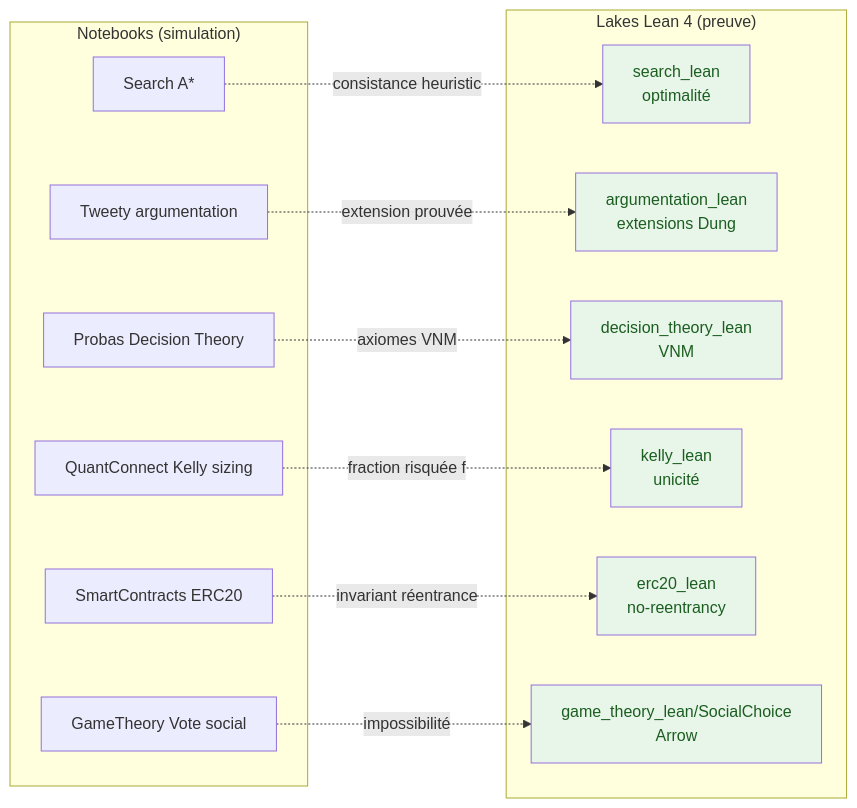
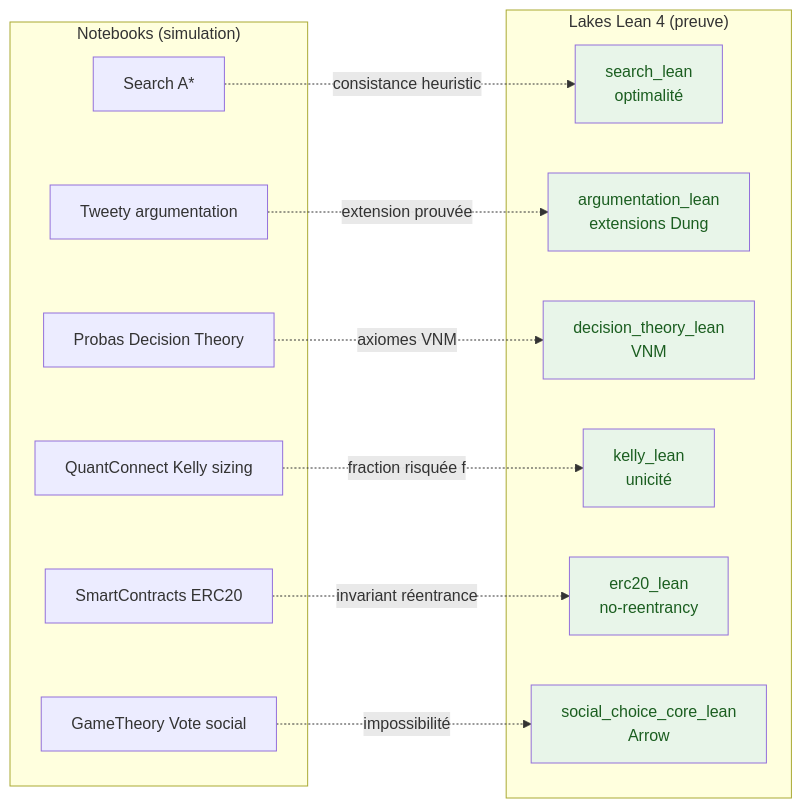
The second of 2 diagrams in MyIA.AI.Notebooks/README.md (jsboige/CoursIA), drawn with Mermaid before and after one commit. The commit also changed other lines of this file and 18 other files, not shown here.

First line of the commit message:
Feat(gametheory,#24183): T3 descente SocialChoice -- lake autonome sous les carnets SC (2/2)

````diff
--- a/MyIA.AI.Notebooks/README.md
+++ b/MyIA.AI.Notebooks/README.md
@@ -307,32 +307,32 @@
 ```mermaid
 flowchart LR
     subgraph SIM["Notebooks (simulation)"]
         N1[Search A*]
         N2[Tweety argumentation]
         N3[Probas Decision Theory]
         N4[QuantConnect Kelly sizing]
         N5[SmartContracts ERC20]
         N6[GameTheory Vote social]
     end
     subgraph LEAN["Lakes Lean 4 (preuve)"]
         L1["search_lean<br/>optimalité"]
         L2["argumentation_lean<br/>extensions Dung"]
         L3["decision_theory_lean<br/>VNM"]
         L4["kelly_lean<br/>unicité"]
         L5["erc20_lean<br/>no-reentrancy"]
-        L6["game_theory_lean/SocialChoice<br/>Arrow"]
+        L6["social_choice_core_lean<br/>Arrow"]
     end
     N1 -. "consistance heuristic" .-> L1
     N2 -. "extension prouvée" .-> L2
     N3 -. "axiomes VNM" .-> L3
     N4 -. "fraction risquée f" .-> L4
     N5 -. "invariant réentrance" .-> L5
     N6 -. "impossibilité" .-> L6
     %% color: explicite -- sans lui, libelle clair sur fond clair en mode sombre GitHub (#15022) ; ton parfois plus fonce que le stroke (le stroke en couleur de texte rendrait infer illisible) : ne pas harmoniser
     style L1 fill:#e8f5e9,color:#1b5e20
     style L2 fill:#e8f5e9,color:#1b5e20
     style L3 fill:#e8f5e9,color:#1b5e20
     style L4 fill:#e8f5e9,color:#1b5e20
     style L5 fill:#e8f5e9,color:#1b5e20
     style L6 fill:#e8f5e9,color:#1b5e20
 ```
````
